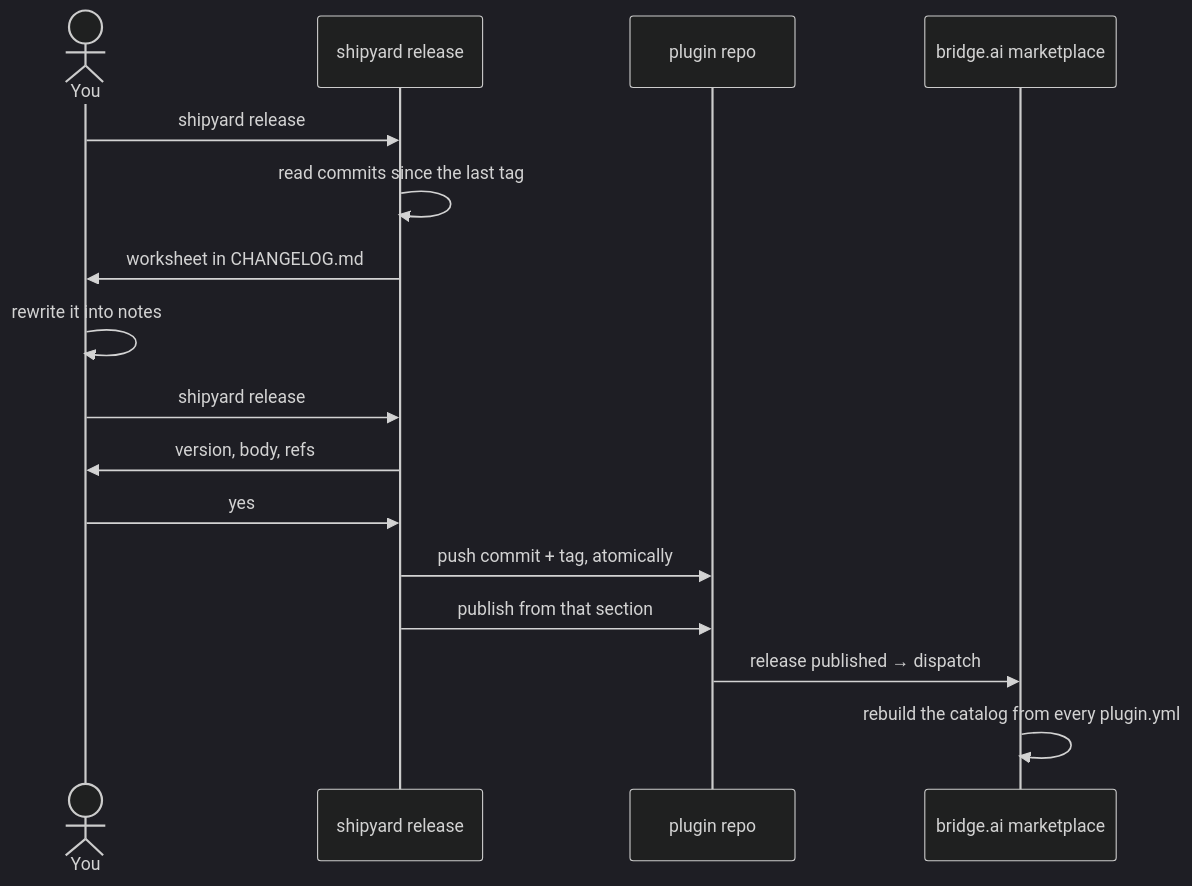
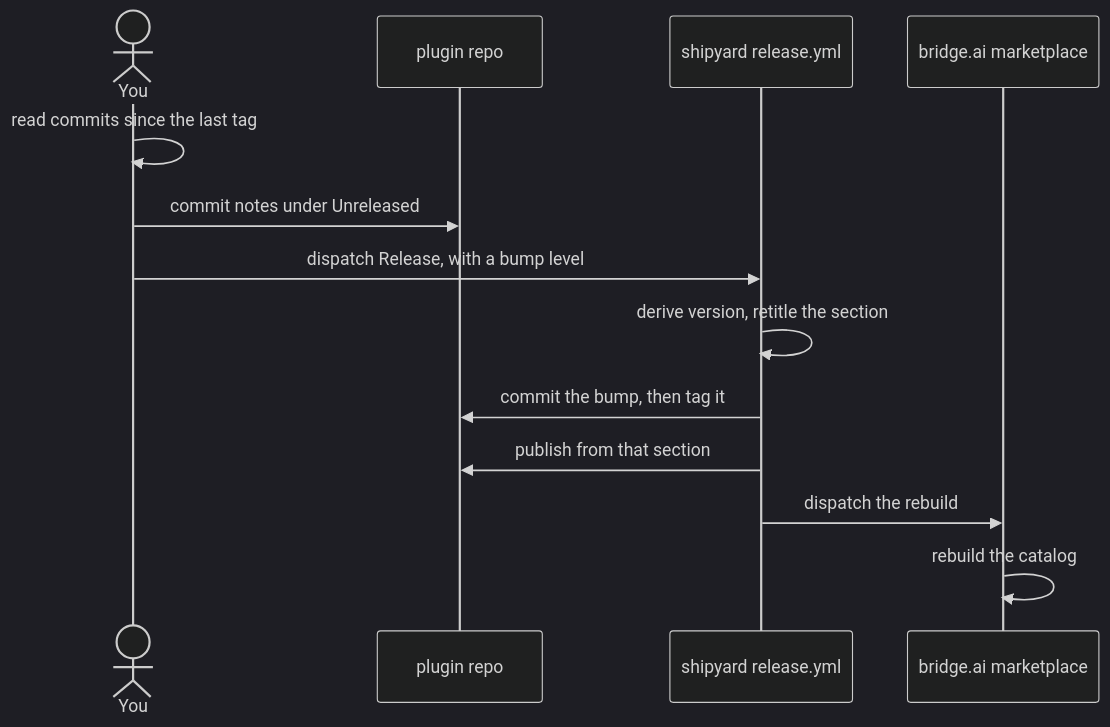
The fourth of 4 diagrams in docs/how-it-works.md (chris-peterson/shipyard), drawn with Mermaid (dark theme) before and after one commit. The commit also changed other lines of this file and 7 other files, not shown here.

````diff
--- a/docs/how-it-works.md
+++ b/docs/how-it-works.md
@@ -252,19 +269,16 @@
 ```mermaid
 %%{ init: { 'look': 'handDrawn' } }%%
 sequenceDiagram
   actor You
-  participant SY as shipyard release
   participant GH as plugin repo
+  participant CI as shipyard release.yml
   participant MP as bridge.ai marketplace
-  You->>SY: shipyard release
-  SY->>SY: read commits since the last tag
-  SY->>You: worksheet in CHANGELOG.md
-  You->>You: rewrite it into notes
-  You->>SY: shipyard release
-  SY->>You: version, body, refs
-  You->>SY: yes
-  SY->>GH: push commit + tag, atomically
-  SY->>GH: publish from that section
-  GH->>MP: release published → dispatch
-  MP->>MP: rebuild the catalog from every plugin.yml
+  You->>You: read commits since the last tag
+  You->>GH: commit notes under Unreleased
+  You->>CI: dispatch Release, with a bump level
+  CI->>CI: derive version, retitle the section
+  CI->>GH: commit the bump, then tag it
+  CI->>GH: publish from that section
+  CI->>MP: dispatch the rebuild
+  MP->>MP: rebuild the catalog
 ```
````
